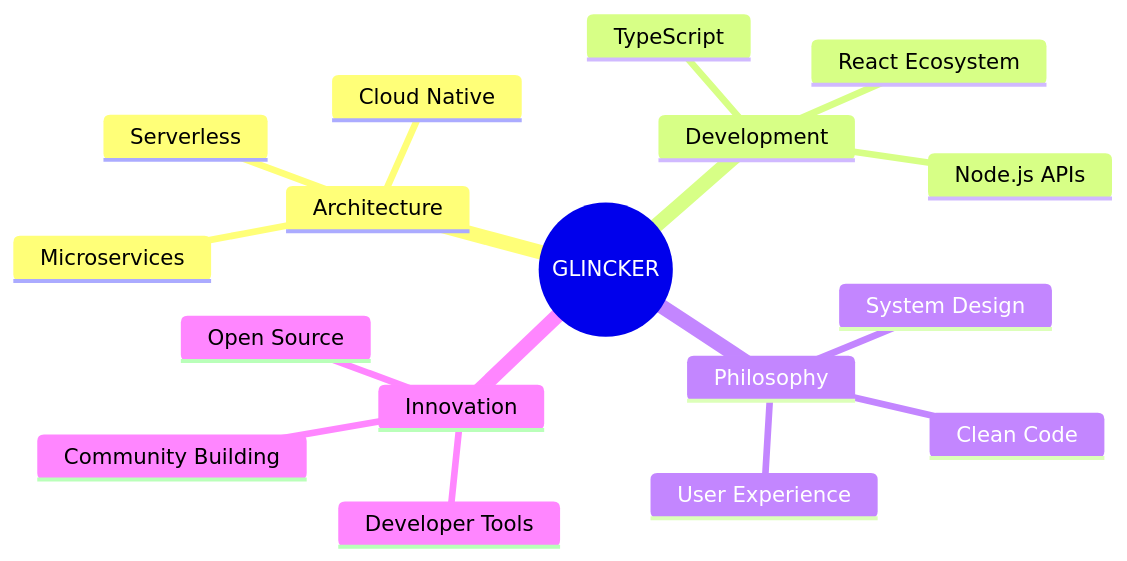
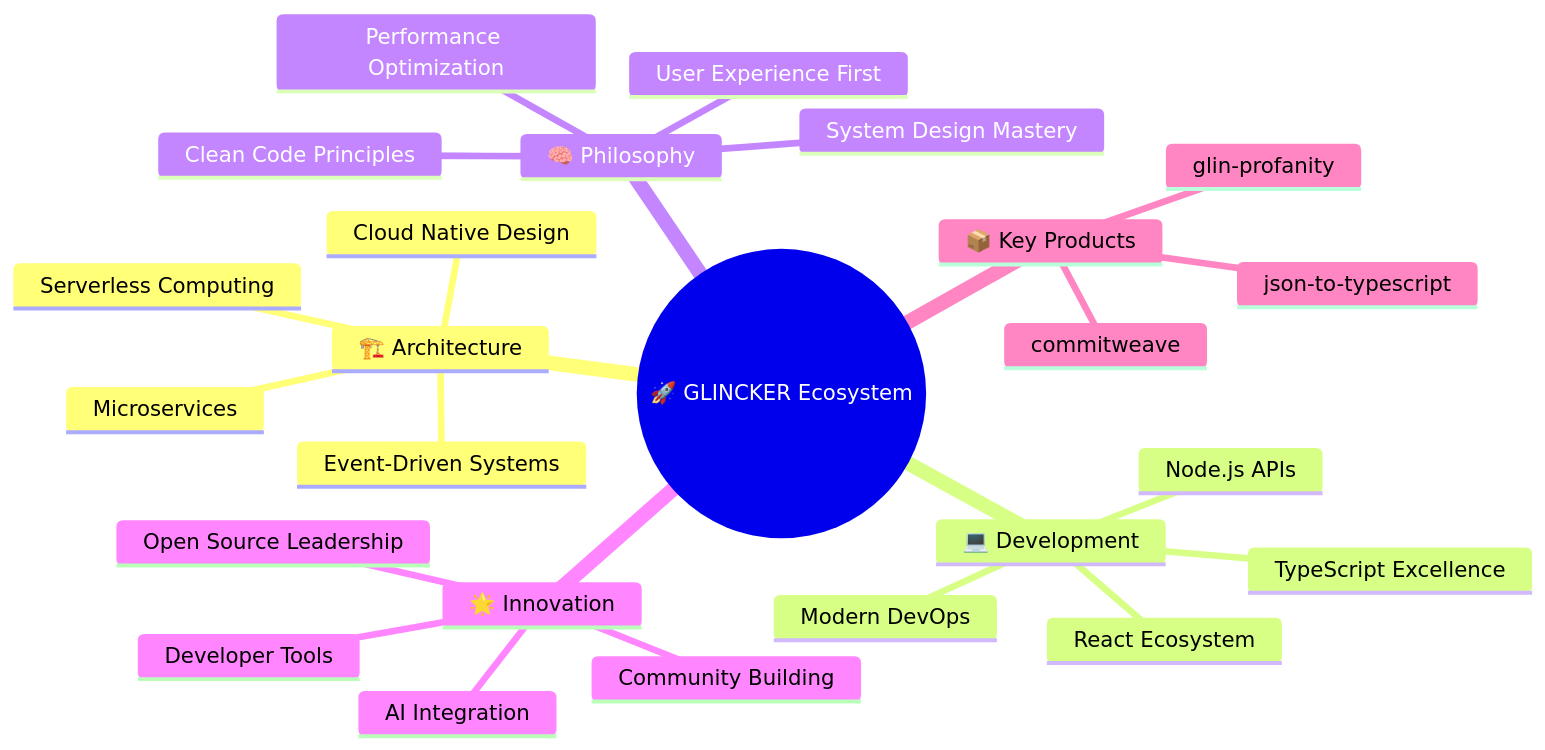
The diagram in README.md (thegdsks/thegdsks), drawn with Mermaid before and after one commit. The commit also changed other lines of this file, not shown here.

Commit message:
Enhance GitHub profile with advanced metrics and GLINCKER ecosystem
- Add comprehensive NPM package analytics with live download counts
- Include real-time development metrics and activity graphs
- Enhance GLINCKER mindmap with detailed architecture breakdown
- Add ecosystem impact table showcasing package popularity
- Integrate private repository stats for complete metrics
- Optimize UX with clean section flow and consistent theming
- Remove duplicates and improve visual hierarchy

````diff
--- a/README.md
+++ b/README.md
@@ -93,20 +23,28 @@
 ```mermaid
 mindmap
-  root((GLINCKER))
-    Architecture
+  root((🚀 GLINCKER Ecosystem))
+    🏗️ Architecture
       Microservices
-      Serverless
-      Cloud Native
-    Development
-      TypeScript
+      Serverless Computing
+      Cloud Native Design
+      Event-Driven Systems
+    💻 Development
+      TypeScript Excellence
       React Ecosystem
       Node.js APIs
-    Philosophy
-      Clean Code
-      System Design
-      User Experience
-    Innovation
+      Modern DevOps
+    🧠 Philosophy
+      Clean Code Principles
+      System Design Mastery
+      User Experience First
+      Performance Optimization
+    🌟 Innovation
       Developer Tools
-      Open Source
+      Open Source Leadership
       Community Building
+      AI Integration
+    📦 Key Products
+      glin-profanity
+      commitweave
+      json-to-typescript
 ```
````
